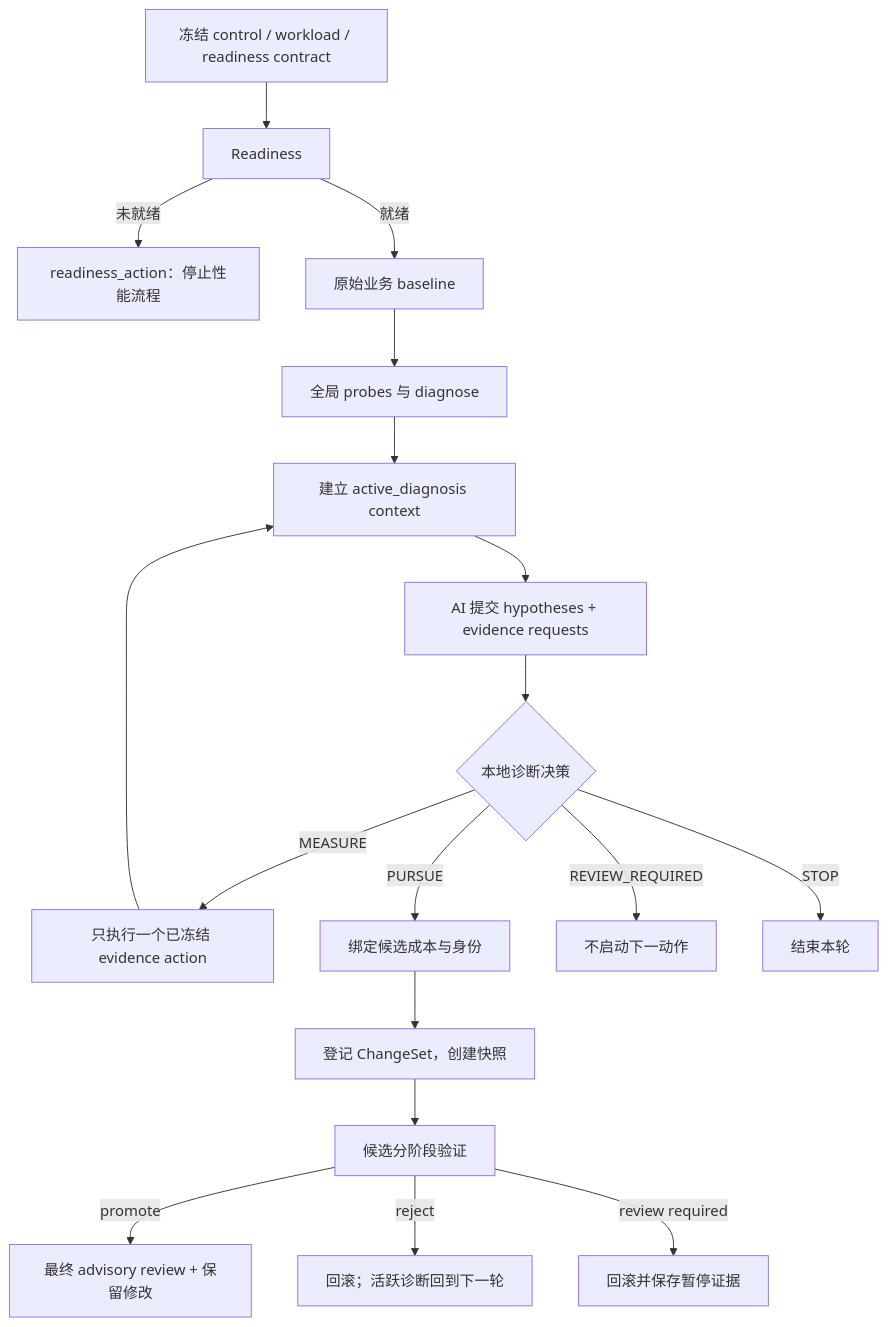
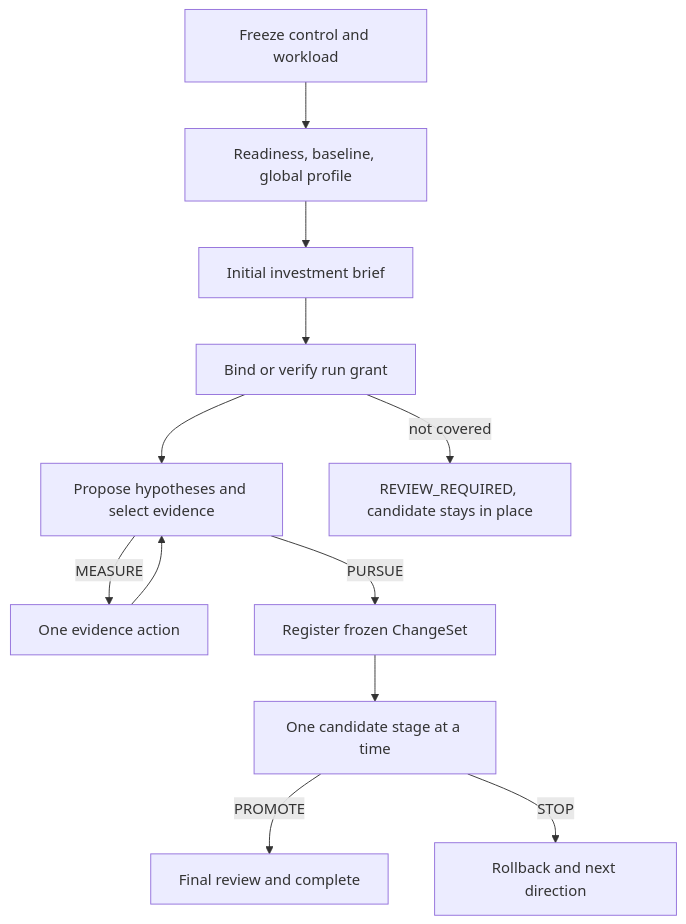
One commit to troycheng/cuda-kernel-optimizer changed the diagram in docs/maintenance/v1.2-current-flow.md. Above: the diagram before and after it, drawn with Mermaid. The commit also changed other lines of this file and 4 other files, not shown here.

Commit message:
docs: describe adaptive investment control

````diff
--- a/docs/maintenance/v1.2-current-flow.md
+++ b/docs/maintenance/v1.2-current-flow.md
@@ -21,20 +22,14 @@
 ```mermaid
 flowchart TD
-    A[冻结 control / workload / readiness contract] --> B[Readiness]
-    B -->|未就绪| B0[readiness_action：停止性能流程]
-    B -->|就绪| C[原始业务 baseline]
-    C --> D[全局 probes 与 diagnose]
-    D --> E[建立 active_diagnosis context]
-    E --> F[AI 提交 hypotheses + evidence requests]
-    F --> G{本地诊断决策}
-    G -->|MEASURE| H[只执行一个已冻结 evidence action]
-    H --> E
-    G -->|PURSUE| I[绑定候选成本与身份]
-    I --> J[登记 ChangeSet，创建快照]
-    J --> K[候选分阶段验证]
-    K -->|promote| L[最终 advisory review + 保留修改]
-    K -->|reject| M[回滚；活跃诊断回到下一轮]
-    K -->|review required| N[回滚并保存暂停证据]
-    G -->|REVIEW_REQUIRED| O[不启动下一动作]
-    G -->|STOP| P[结束本轮]
+    A[Freeze control and workload] --> B[Readiness, baseline, global profile]
+    B --> C[Initial investment brief]
+    C --> D[Bind or verify run grant]
+    D --> E[Propose hypotheses and select evidence]
+    E -->|MEASURE| F[One evidence action]
+    F --> E
+    E -->|PURSUE| G[Register frozen ChangeSet]
+    G --> H[One candidate stage at a time]
+    H -->|PROMOTE| I[Final review and complete]
+    H -->|STOP| J[Rollback and next direction]
+    D -->|not covered| K[REVIEW_REQUIRED, candidate stays in place]
 ```
````
